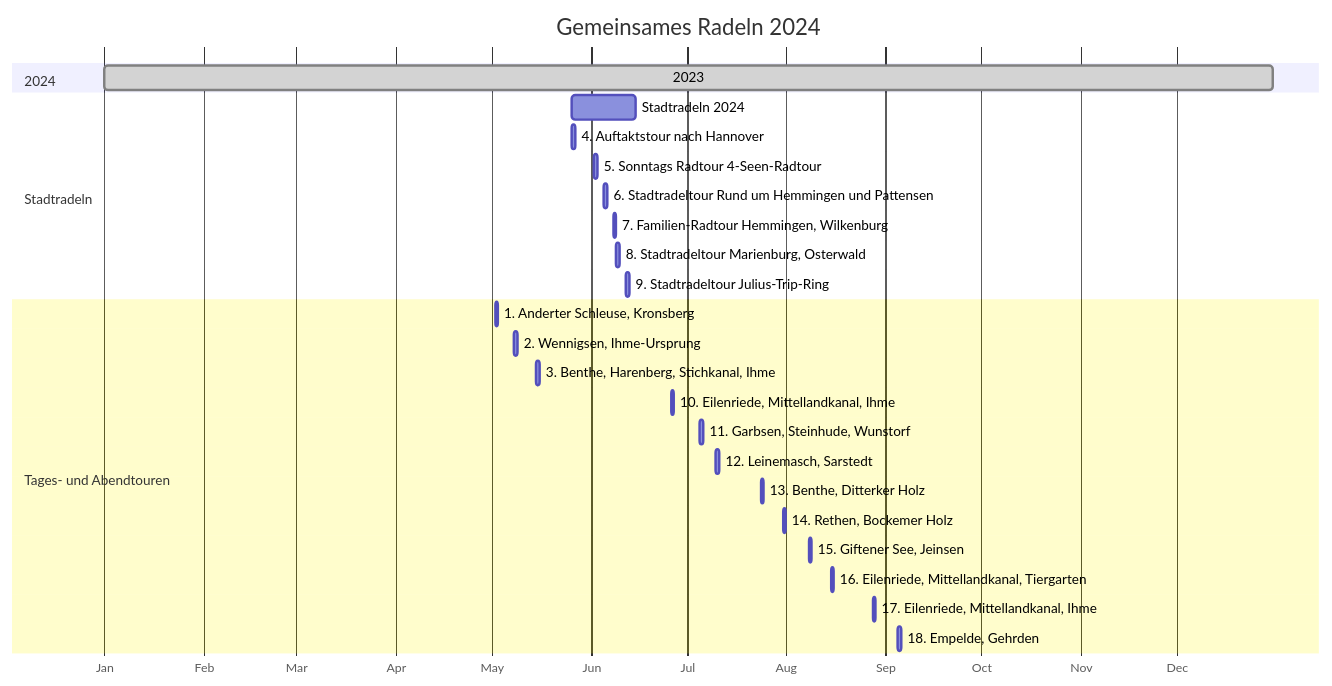
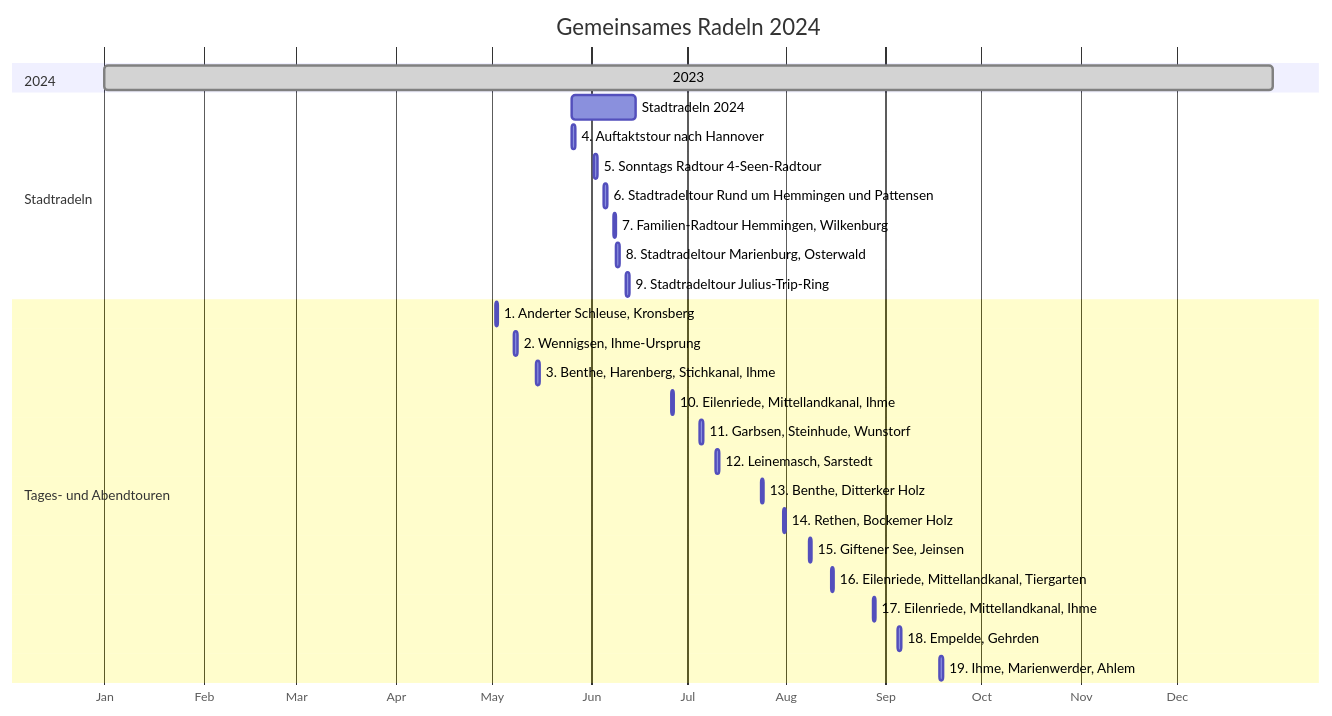
The diagram in Touren/Fahrradtouren2024.md (adfc-hemmingen-pattensen/pelican-md-soures), drawn with Mermaid before and after one commit.

````diff
--- a/Touren/Fahrradtouren2024.md
+++ b/Touren/Fahrradtouren2024.md
@@ -10,34 +10,35 @@
 ``` mermaid
 gantt
 dateFormat  YYYY-MM-DD
 title Gemeinsames Radeln 2024
 axisFormat  %b
 todayMarker stroke-width:0px
 
 section 2024
 2023: done, 2024-01-01, 2024-12-31
 
 section Stadtradeln  
 Stadtradeln 2024:          action, 2024-05-26, 2024-06-15
 4. Auftaktstour nach Hannover:   2024-05-26, 1d
 5. Sonntags Radtour 4-Seen-Radtour:   2024-06-02, 1d
 6. Stadtradeltour Rund um Hemmingen und Pattensen:     2024-06-05, 1d
 7. Familien-Radtour Hemmingen, Wilkenburg:    2024-06-08, 1d
 8. Stadtradeltour Marienburg, Osterwald:    2024-06-09, 1d
 9. Stadtradeltour Julius-Trip-Ring:     2024-06-12, 1d
 
 section Tages- und Abendtouren
 1. Anderter Schleuse, Kronsberg:      2024-05-02, 1d
 2. Wennigsen, Ihme-Ursprung: 2024-05-08, 1d
 3. Benthe, Harenberg, Stichkanal, Ihme: 2024-05-15, 1d
 10. Eilenriede, Mittellandkanal, Ihme: 2024-06-26, 1d
 11. Garbsen, Steinhude, Wunstorf: 2024-07-05, 1d
 12. Leinemasch, Sarstedt: 2024-07-10, 1d
 13. Benthe, Ditterker Holz: 2024-07-24, 1d
 14. Rethen, Bockemer Holz: 2024-07-31, 1d
 15. Giftener See, Jeinsen: 2024-08-08, 1d
 16. Eilenriede, Mittellandkanal, Tiergarten: 2024-08-15, 1d
 17. Eilenriede, Mittellandkanal, Ihme: 2024-08-28, 1d
 18. Empelde, Gehrden: 2024-09-05, 1d
+19. Ihme, Marienwerder, Ahlem: 2024-09-18, 1d
 
 ```
````
